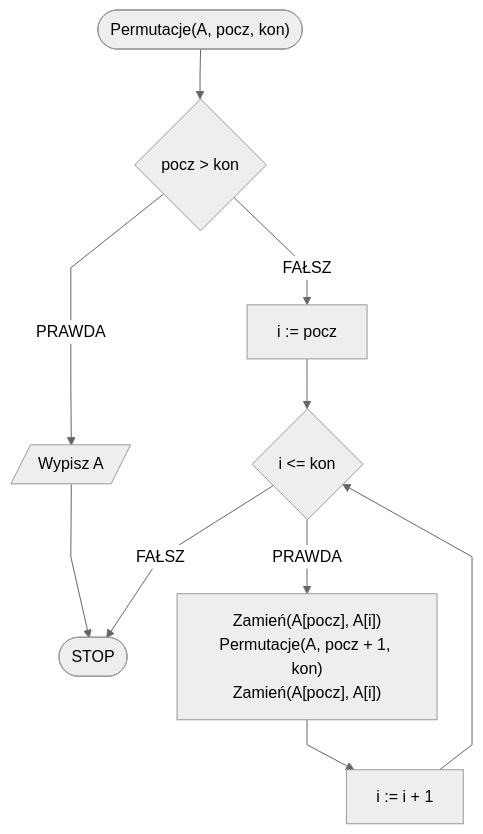
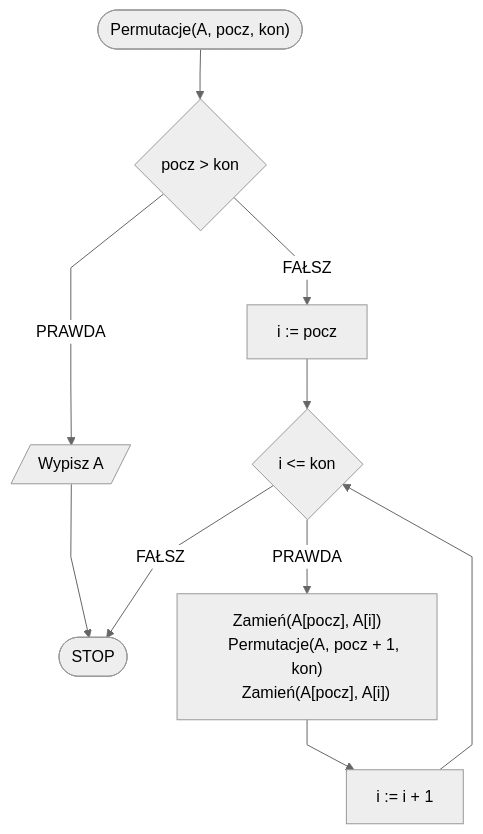
The diagram in docs/algorithms/backtracking/permutations.md (blackbat13/edu-cs-htiew-pl), drawn with Mermaid before and after one commit. The commit also changed 32 other files, not shown here.

````diff
--- a/docs/algorithms/backtracking/permutations.md
+++ b/docs/algorithms/backtracking/permutations.md
@@ -38,13 +38,15 @@
 ```mermaid
 %%{init: {"flowchart": {"curve": "linear"}, "theme": "neutral"} }%%
 flowchart TD
     START(["Permutacje(A, pocz, kon)"]) --> K1{pocz > kon}
     K1 -- PRAWDA --> K2[/Wypisz A/]
     K2 --> STOP([STOP])
     K1 -- FAŁSZ --> K4p[i := pocz]
     K4p --> K4{i <= kon}
-    K4 -- PRAWDA --> K5["Zamień(A[pocz], A[i])\nPermutacje(A, pocz + 1, kon)\nZamień(A[pocz], A[i])"]
+    K4 -- PRAWDA --> K5["Zamień(A[pocz], A[i])
+    Permutacje(A, pocz + 1, kon)
+    Zamień(A[pocz], A[i])"]
     K5 --> K4i[i := i + 1]
     K4i --> K4
     K4 -- FAŁSZ --> STOP
 ```
````
